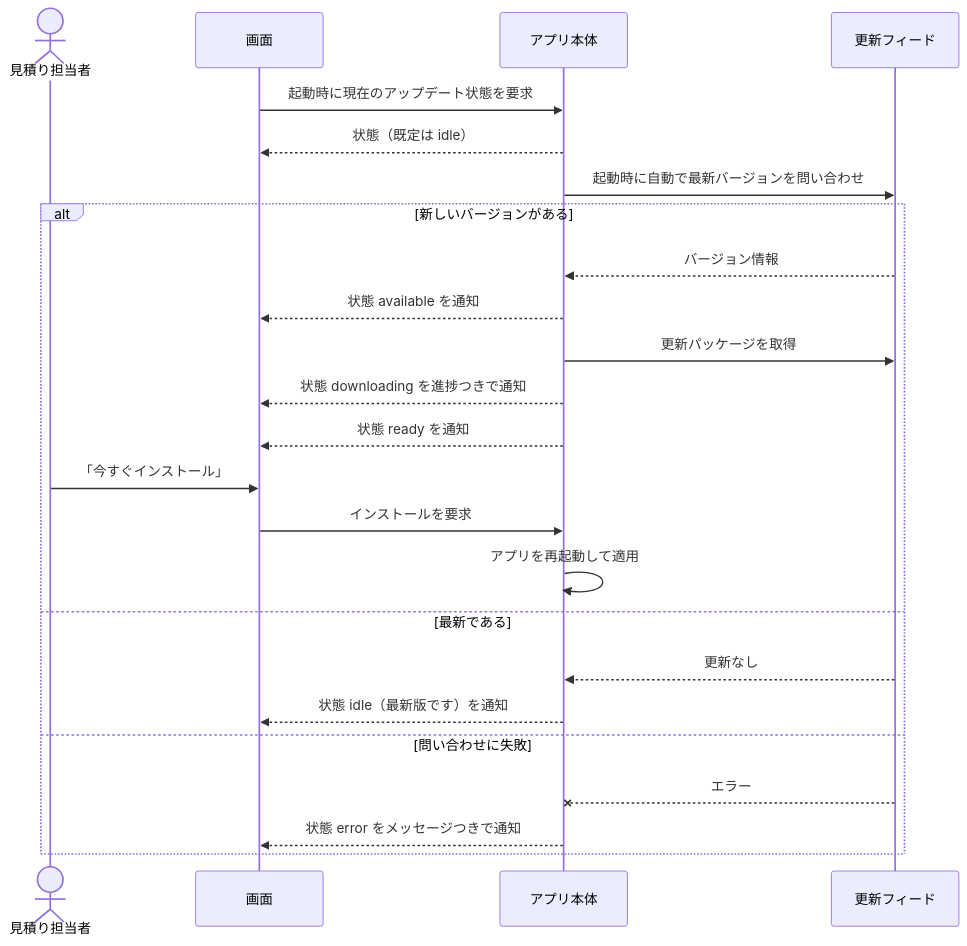
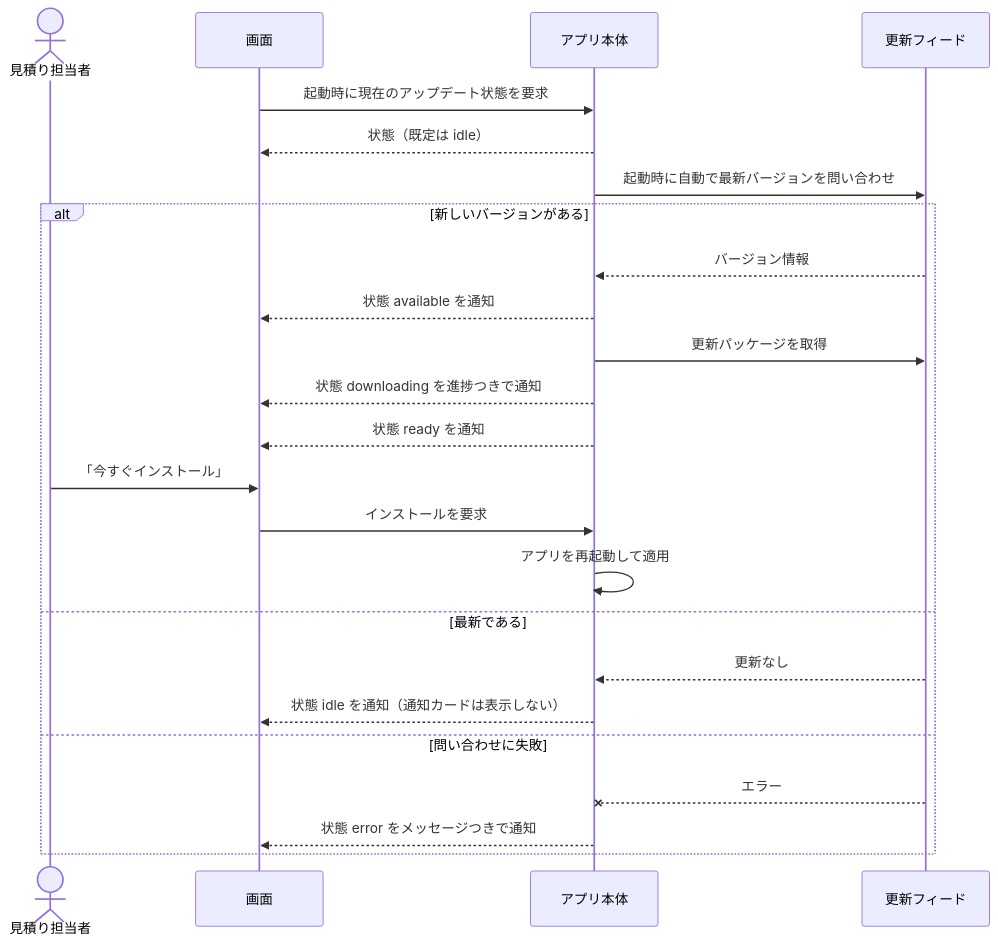
One commit to neko3cs/FP-Studio changed the fourth of 4 diagrams in docs/specification.md. Above: the diagram before and after it, drawn with Mermaid. The commit also changed other lines of this file and 2 other files, not shown here.

````diff
--- a/docs/specification.md
+++ b/docs/specification.md
@@ -493,27 +493,27 @@
 ```mermaid
 sequenceDiagram
     actor U as 見積り担当者
     participant R as 画面
     participant M as アプリ本体
     participant S as 更新フィード
 
     R->>M: 起動時に現在のアップデート状態を要求
     M-->>R: 状態（既定は idle）
     M->>S: 起動時に自動で最新バージョンを問い合わせ
     alt 新しいバージョンがある
         S-->>M: バージョン情報
         M-->>R: 状態 available を通知
         M->>S: 更新パッケージを取得
         M-->>R: 状態 downloading を進捗つきで通知
         M-->>R: 状態 ready を通知
         U->>R: 「今すぐインストール」
         R->>M: インストールを要求
         M->>M: アプリを再起動して適用
     else 最新である
         S-->>M: 更新なし
-        M-->>R: 状態 idle（最新版です）を通知
+        M-->>R: 状態 idle を通知（通知カードは表示しない）
     else 問い合わせに失敗
         S--xM: エラー
         M-->>R: 状態 error をメッセージつきで通知
     end
 ```
````
